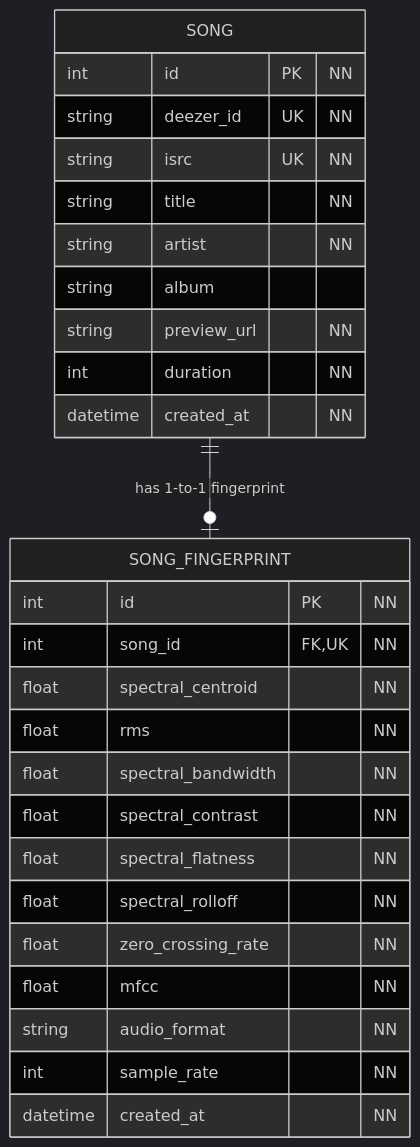
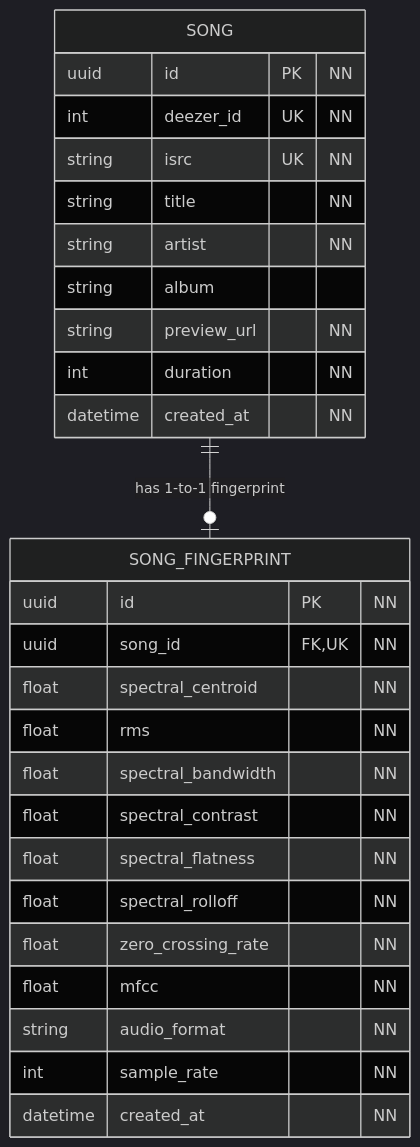
One commit to AhmedAl-Hayali/AgenticGenreGuru changed the first of 2 diagrams in specs/001-song-fingerprint-engine/data-model.md. Above: the diagram before and after it, drawn with Mermaid (dark theme). The commit also changed other lines of this file and 1 other file, not shown here.

Commit message:
docs(specs-data-model): reflect identifier fields `songs.id` & `song_fingerprints.id` being `uuid`, UUIDv7 & `deezer_id` being `int` + propagate to `search-api.md`

````diff
--- a/specs/001-song-fingerprint-engine/data-model.md
+++ b/specs/001-song-fingerprint-engine/data-model.md
@@ -47,32 +49,32 @@
 ```mermaid
 erDiagram
     SONG ||--o| SONG_FINGERPRINT : "has 1-to-1 fingerprint"
 
     SONG {
-        int id PK "NN"
-        string deezer_id UK "NN"
+        uuid id PK "NN"
+        int deezer_id UK "NN"
         string isrc UK "NN"
         string title "NN"
         string artist "NN"
         string album
         string preview_url "NN"
         int duration "NN"
         datetime created_at "NN"
     }
 
     SONG_FINGERPRINT {
-        int id PK "NN"
-        int song_id FK, UK "NN"
+        uuid id PK "NN"
+        uuid song_id FK, UK "NN"
         float spectral_centroid  "NN"
         float rms  "NN"
         float spectral_bandwidth  "NN"
         float spectral_contrast  "NN"
         float spectral_flatness  "NN"
         float spectral_rolloff  "NN"
         float zero_crossing_rate  "NN"
         float mfcc  "NN"
         string audio_format  "NN"
         int sample_rate  "NN"
         datetime created_at  "NN"
     }
 ```
````
